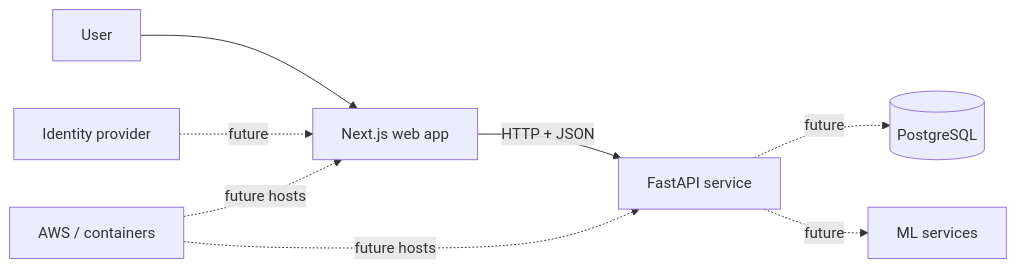
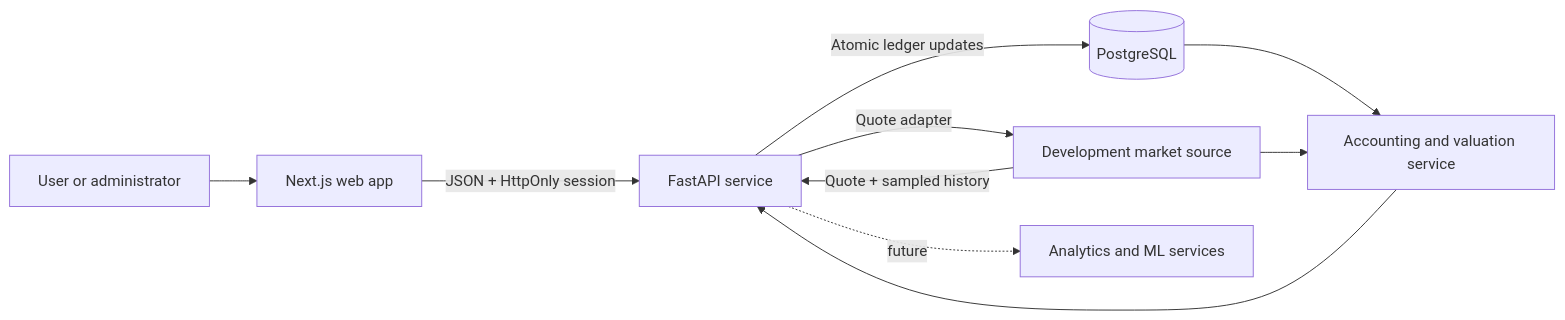
Before and after one commit to bimalitani100/StockAI: the first of 5 diagrams in docs/ARCHITECTURE.md, drawn with Mermaid. The commit also changed other lines of this file and 87 other files, not shown here.

````diff
--- a/docs/ARCHITECTURE.md
+++ b/docs/ARCHITECTURE.md
@@ -5,10 +5,12 @@
 ```mermaid
 flowchart LR
-  U[User] --> W[Next.js web app]
-  W -->|HTTP + JSON| A[FastAPI service]
-  A -. future .-> P[(PostgreSQL)]
-  A -. future .-> M[ML services]
-  I[Identity provider] -. future .-> W
-  C[AWS / containers] -. future hosts .-> W
-  C -. future hosts .-> A
+  U["User or administrator"] --> W["Next.js web app"]
+  W -->|"JSON + HttpOnly session"| A["FastAPI service"]
+  A -->|"Atomic ledger updates"| P[(PostgreSQL)]
+  A -->|"Quote adapter"| Y["Development market source"]
+  Y -->|"Quote + sampled history"| A
+  P --> V["Accounting and valuation service"]
+  Y --> V
+  V --> A
+  A -. "future" .-> M["Analytics and ML services"]
 ```
````
